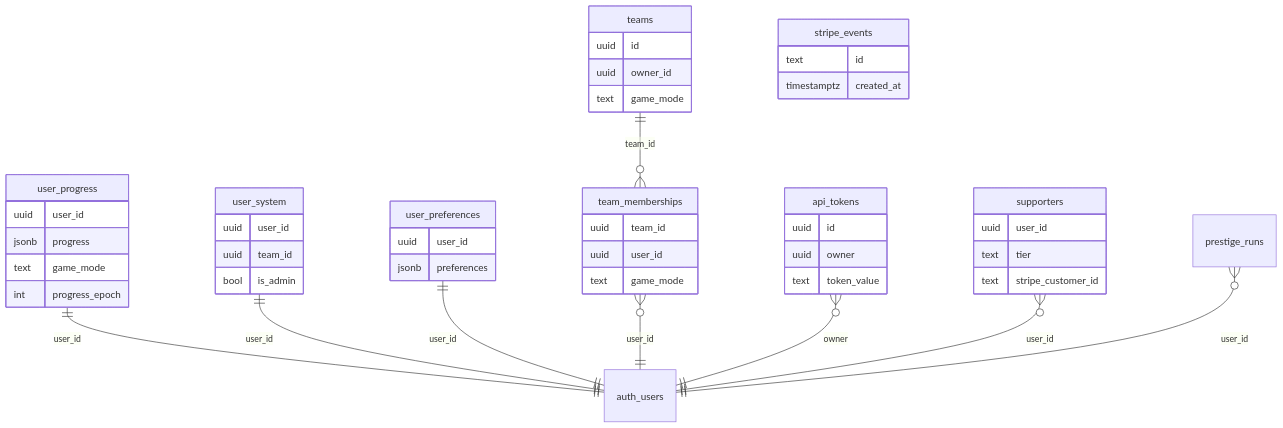
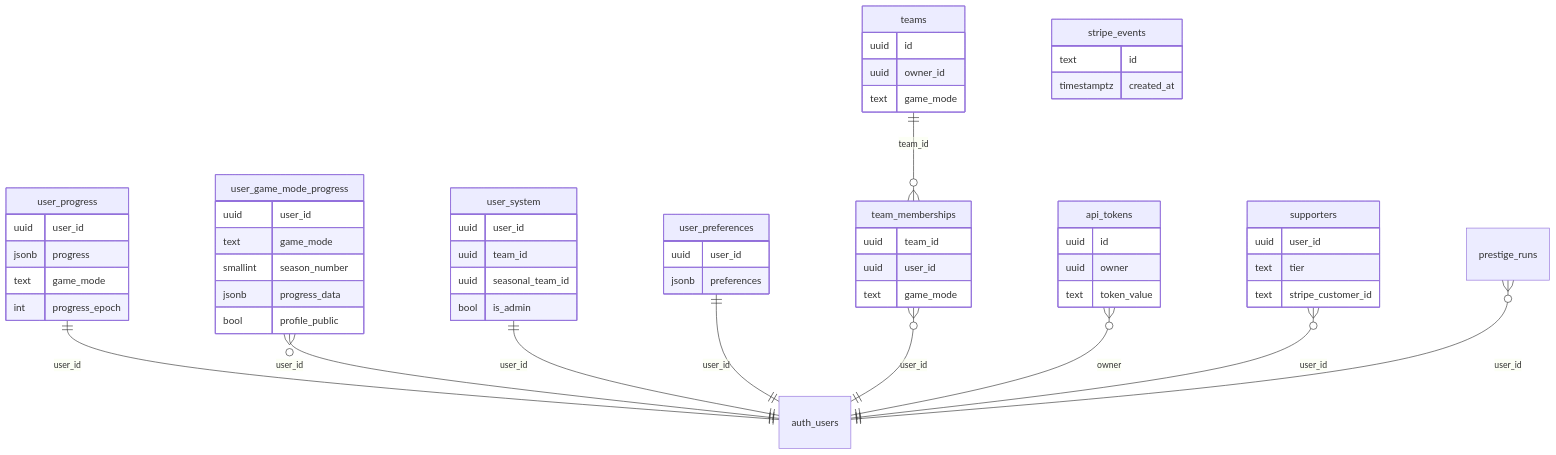
One commit to tarkovtracker-org/TarkovTracker changed the third of 3 diagrams in docs/agent-context/summary/data_models.md. Above: the diagram before and after it, drawn with Mermaid. The commit also changed other lines of this file and 7 other files, not shown here.

````diff
--- a/docs/agent-context/summary/data_models.md
+++ b/docs/agent-context/summary/data_models.md
@@ -177,51 +177,60 @@
 ```mermaid
 erDiagram
     user_progress ||--|| auth_users : "user_id"
+    user_game_mode_progress }o--|| auth_users : "user_id"
     user_system ||--|| auth_users : "user_id"
     user_preferences ||--|| auth_users : "user_id"
     teams ||--o{ team_memberships : "team_id"
     team_memberships }o--|| auth_users : "user_id"
     api_tokens }o--|| auth_users : "owner"
     supporters }o--|| auth_users : "user_id"
     prestige_runs }o--|| auth_users : "user_id"
 
     user_progress {
         uuid user_id
         jsonb progress
         text game_mode
         int progress_epoch
     }
+    user_game_mode_progress {
+        uuid user_id
+        text game_mode
+        smallint season_number
+        jsonb progress_data
+        bool profile_public
+    }
     user_system {
         uuid user_id
         uuid team_id
+        uuid seasonal_team_id
         bool is_admin
     }
     user_preferences {
         uuid user_id
         jsonb preferences
     }
     teams {
         uuid id
         uuid owner_id
         text game_mode
     }
     team_memberships {
         uuid team_id
         uuid user_id
         text game_mode
     }
     api_tokens {
         uuid id
         uuid owner
         text token_value
     }
     supporters {
         uuid user_id
         text tier
         text stripe_customer_id
     }
     stripe_events {
         text id
         timestamptz created_at
     }
 ```
````
